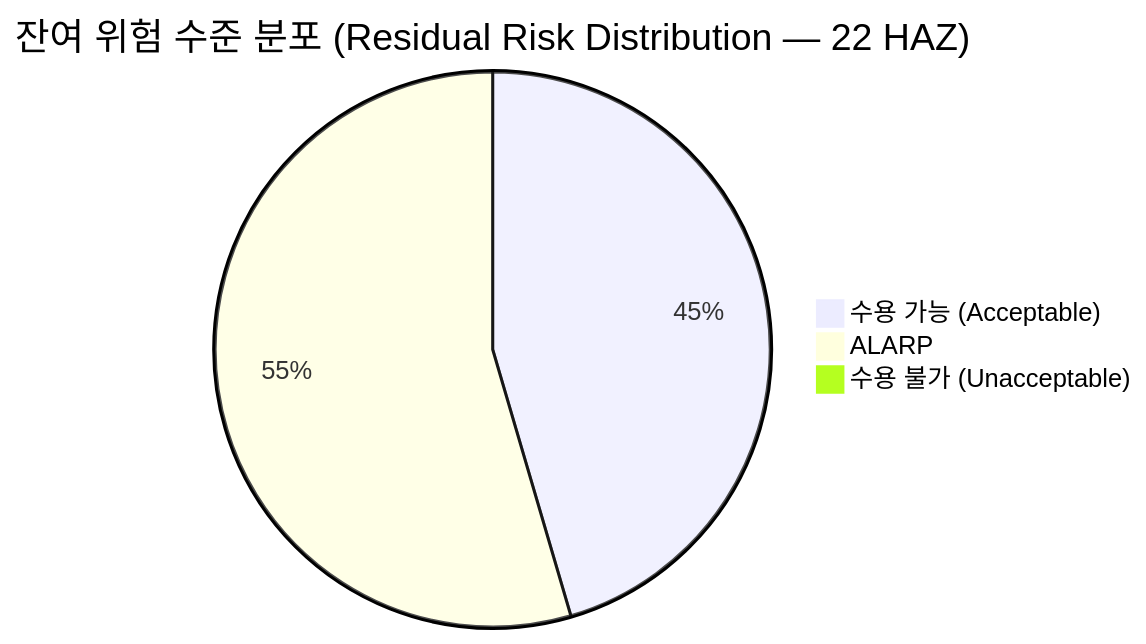
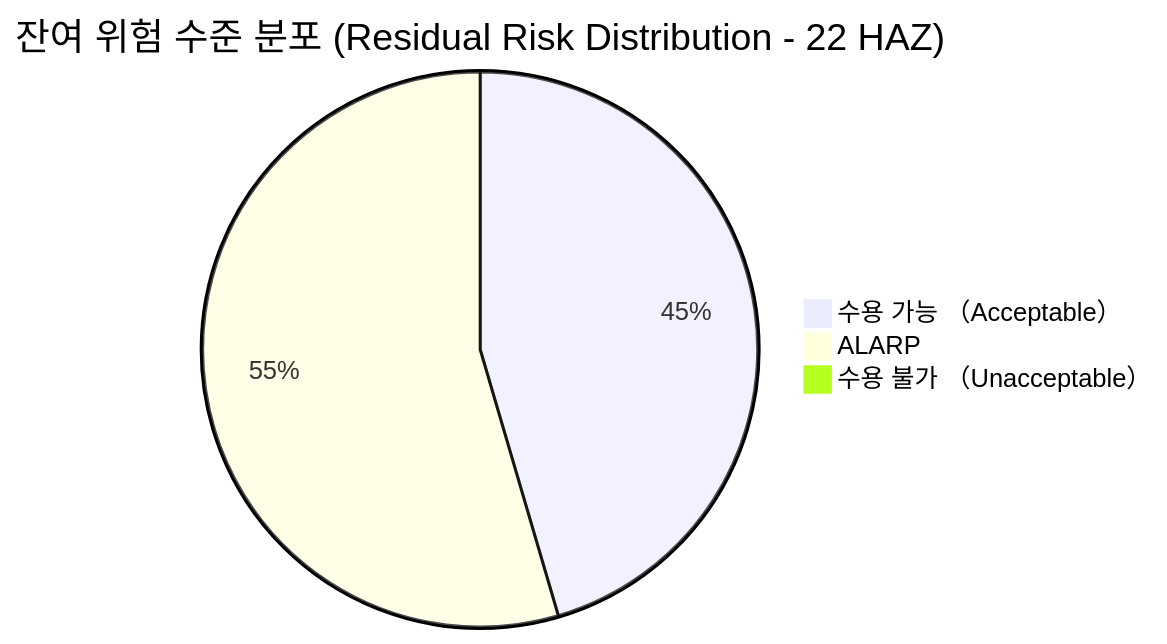
One commit to holee9/console-gui changed the sixth of 9 diagrams in docs/risk/DOC-010_RMR_v1.0.md. Above: the diagram before and after it, drawn with Mermaid. The commit also changed other lines of this file and 19 other files, not shown here.

First line of the commit message:
fix: quadrantChart/pie/timeline 등 비flowchart 차트 파싱 오류 전면 수정

````diff
--- a/docs/risk/DOC-010_RMR_v1.0.md
+++ b/docs/risk/DOC-010_RMR_v1.0.md
@@ -380,6 +380,6 @@
 ```mermaid
-pie title 잔여 위험 수준 분포 (Residual Risk Distribution — 22 HAZ)
-    "수용 가능 (Acceptable)" : 10
+pie title 잔여 위험 수준 분포 (Residual Risk Distribution - 22 HAZ)
+    "수용 가능 （Acceptable）" : 10
     "ALARP" : 12
-    "수용 불가 (Unacceptable)" : 0
+    "수용 불가 （Unacceptable）" : 0
 ```
````
